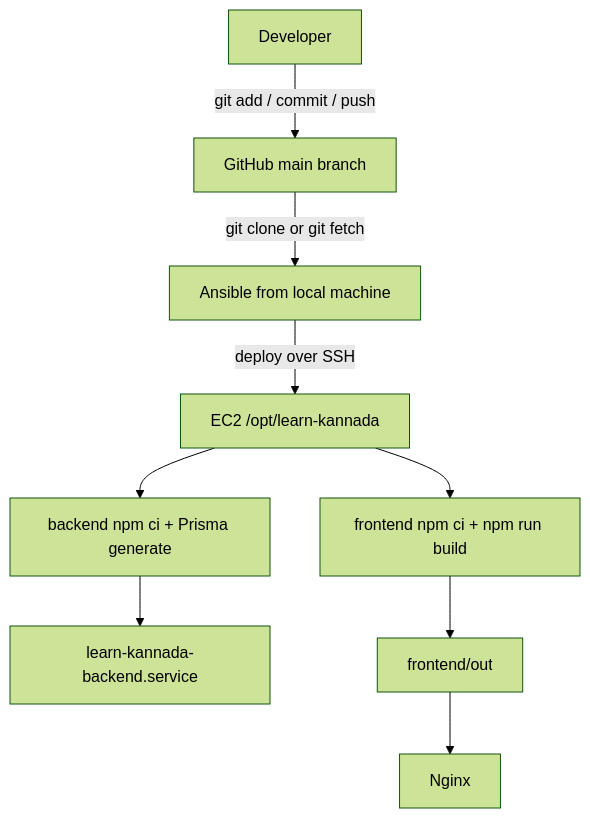
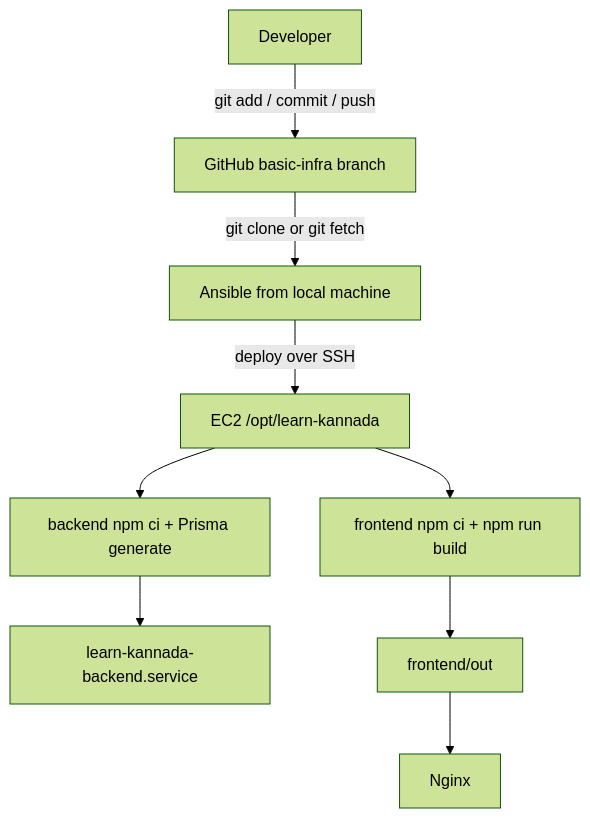
The second of 3 diagrams in README.md (baramsivaramireddy/learn_kannada), drawn with Mermaid (forest theme) before and after one commit. The commit also changed other lines of this file and 2 other files, not shown here.

Commit message:
seperate branch for set up

````diff
--- a/README.md
+++ b/README.md
@@ -66,11 +66,11 @@
 ```mermaid
 flowchart TD
-	Developer[Developer] -->|git add / commit / push| GitHub[GitHub main branch]
+	Developer[Developer] -->|git add / commit / push| GitHub[GitHub basic-infra branch]
 	GitHub -->|git clone or git fetch| Ansible[Ansible from local machine]
 	Ansible -->|deploy over SSH| EC2[EC2 /opt/learn-kannada]
 	EC2 --> BackendBuild[backend npm ci + Prisma generate]
 	EC2 --> FrontendBuild[frontend npm ci + npm run build]
 	BackendBuild --> Service[learn-kannada-backend.service]
 	FrontendBuild --> StaticFiles[frontend/out]
 	StaticFiles --> Nginx[Nginx]
 ```
````
